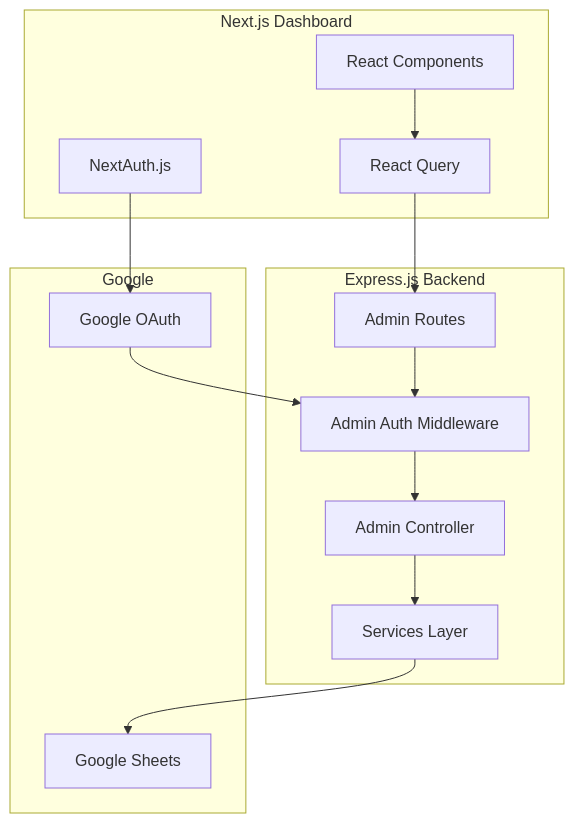
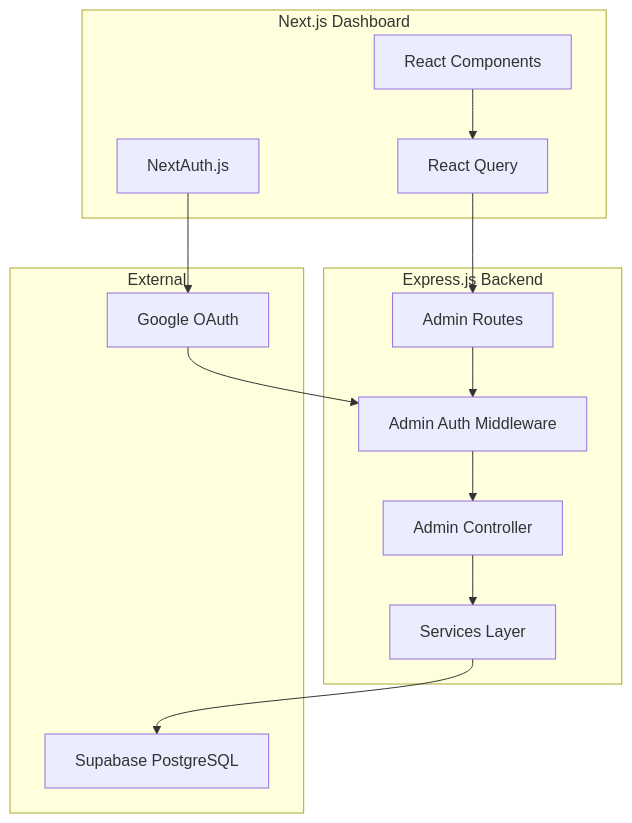
Before and after one commit to Jirawatpyk/ENEOS-Sales-Automation: the eighth of 12 diagrams in docs/ARCHITECTURE.md, drawn with Mermaid. The commit also changed other lines of this file and 40 other files, not shown here.

First line of the commit message:
feat: cleanup Google Sheets dependencies + update all docs to Supabase (Story 9-4)

````diff
--- a/docs/ARCHITECTURE.md
+++ b/docs/ARCHITECTURE.md
@@ -400,29 +405,29 @@
 ```mermaid
 graph TB
     subgraph Dashboard["Next.js Dashboard"]
         UI[React Components]
         RQ[React Query]
         Auth[NextAuth.js]
     end
 
     subgraph Backend["Express.js Backend"]
         Routes[Admin Routes]
         Middleware[Admin Auth Middleware]
         Controller[Admin Controller]
         Services[Services Layer]
     end
 
-    subgraph Google
+    subgraph External
         OAuth[Google OAuth]
-        Sheets[Google Sheets]
+        DB[Supabase PostgreSQL]
     end
 
     UI --> RQ
     RQ --> Routes
     Auth --> OAuth
     OAuth --> Middleware
     Routes --> Middleware
     Middleware --> Controller
     Controller --> Services
-    Services --> Sheets
+    Services --> DB
 ```
````
